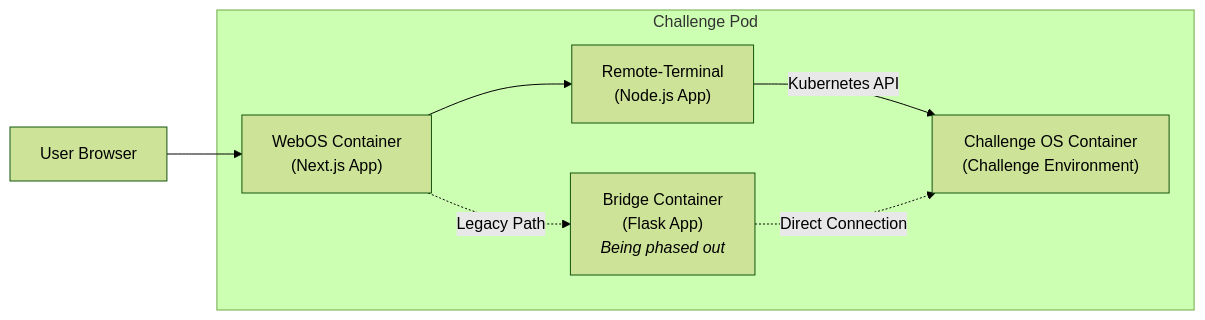
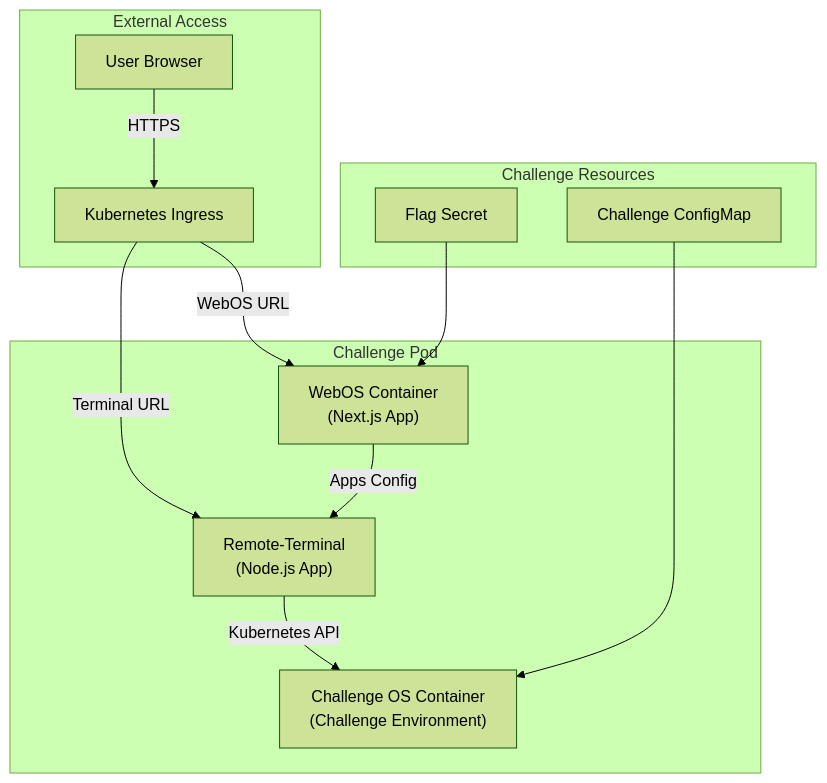
One commit to Rydersel/EDUrange_Cloud_Docs changed the first of 2 diagrams in pages/Framework/Challenge_Pod.mdx. Above: the diagram before and after it, drawn with Mermaid (forest theme). The commit also changed other lines of this file and 68 other files, not shown here.

````diff
--- a/pages/Framework/Challenge_Pod.mdx
+++ b/pages/Framework/Challenge_Pod.mdx
@@ -5,17 +5,26 @@
 ```mermaid
-
-graph LR
+graph TD
     subgraph "Challenge Pod"
         WebOS["WebOS Container<br/>(Next.js App)"]
         RT["Remote-Terminal<br/>(Node.js App)"]
-        Bridge["Bridge Container<br/>(Flask App)<br/><i>Being phased out</i>"]
         ChallengeOS["Challenge OS Container<br/>(Challenge Environment)"]
     end
 
-    User["User Browser"] --> WebOS
-    WebOS --> RT
+    subgraph "External Access"
+        User["User Browser"]
+        Ingress["Kubernetes Ingress"]
+    end
+
+    subgraph "Challenge Resources"
+        Secret["Flag Secret"]
+        ConfigMap["Challenge ConfigMap"]
+    end
+
+    User -->|"HTTPS"| Ingress
+    Ingress -->|"WebOS URL"| WebOS
+    Ingress -->|"Terminal URL"| RT
     RT -->|"Kubernetes API"| ChallengeOS
-    WebOS -.->|"Legacy Path"| Bridge
-    Bridge -.->|"Direct Connection"| ChallengeOS
-
+    WebOS -->|"Apps Config"| RT
+    Secret --> WebOS
+    ConfigMap --> ChallengeOS
 ```
````
